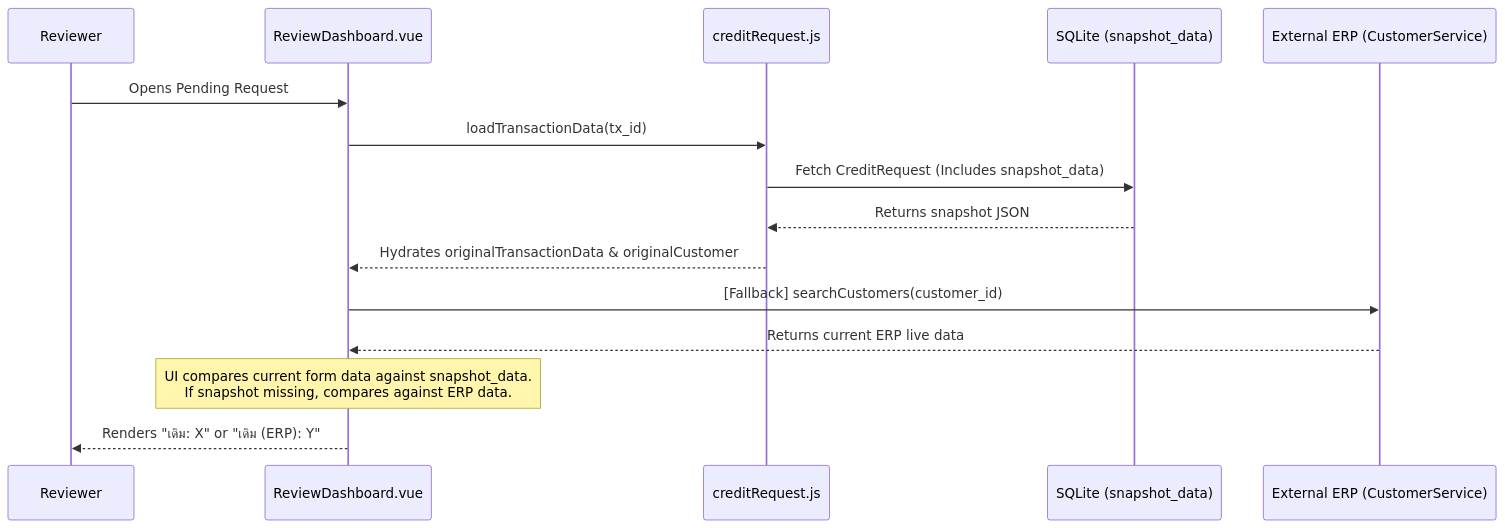
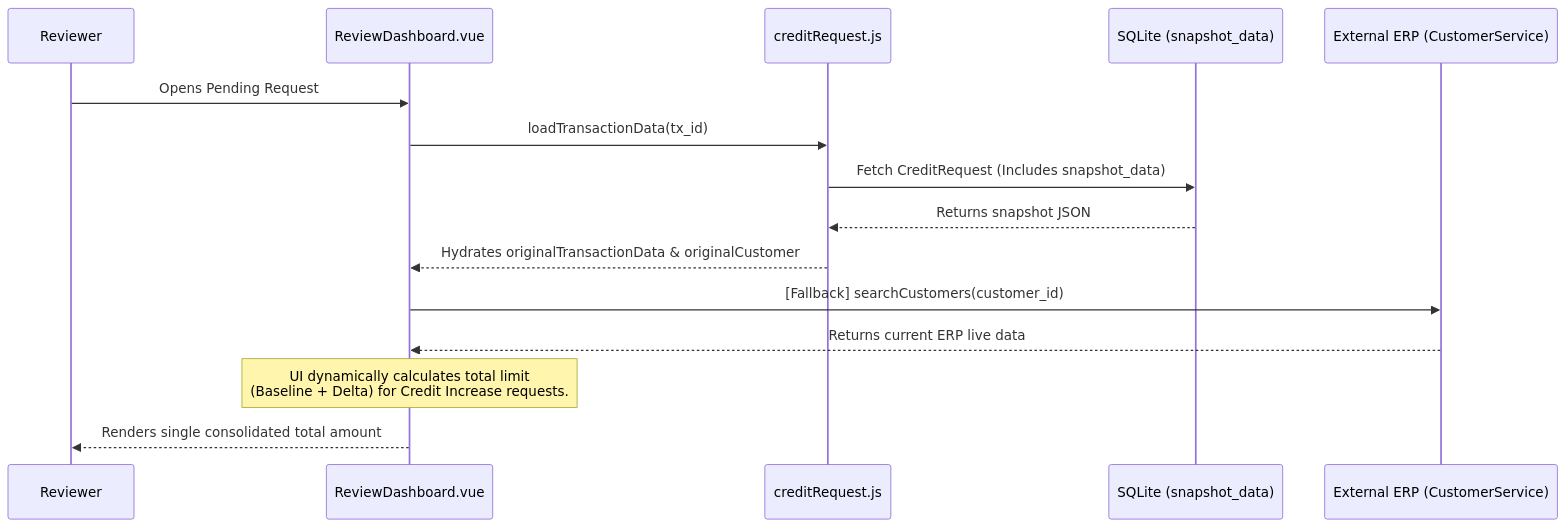
The third of 3 diagrams in docs/presentations/02_Approve_Credit_Request.md (JinnawatJid/iNsightDocs), drawn with Mermaid before and after one commit. The commit also changed other lines of this file and 6 other files, not shown here.

````diff
--- a/docs/presentations/02_Approve_Credit_Request.md
+++ b/docs/presentations/02_Approve_Credit_Request.md
@@ -120,18 +120,18 @@
 ```mermaid
 sequenceDiagram
     participant Reviewer
     participant VueComponent as ReviewDashboard.vue
     participant Store as creditRequest.js
     participant DB as SQLite (snapshot_data)
     participant ERP as External ERP (CustomerService)
 
     Reviewer->>VueComponent: Opens Pending Request
     VueComponent->>Store: loadTransactionData(tx_id)
     Store->>DB: Fetch CreditRequest (Includes snapshot_data)
     DB-->>Store: Returns snapshot JSON
     Store-->>VueComponent: Hydrates originalTransactionData & originalCustomer
     VueComponent->>ERP: [Fallback] searchCustomers(customer_id)
     ERP-->>VueComponent: Returns current ERP live data
-    Note over VueComponent: UI compares current form data against snapshot_data. <br/> If snapshot missing, compares against ERP data.
-    VueComponent-->>Reviewer: Renders "เดิม: X" or "เดิม (ERP): Y"
+    Note over VueComponent: UI dynamically calculates total limit <br/> (Baseline + Delta) for Credit Increase requests.
+    VueComponent-->>Reviewer: Renders single consolidated total amount
 ```
````
